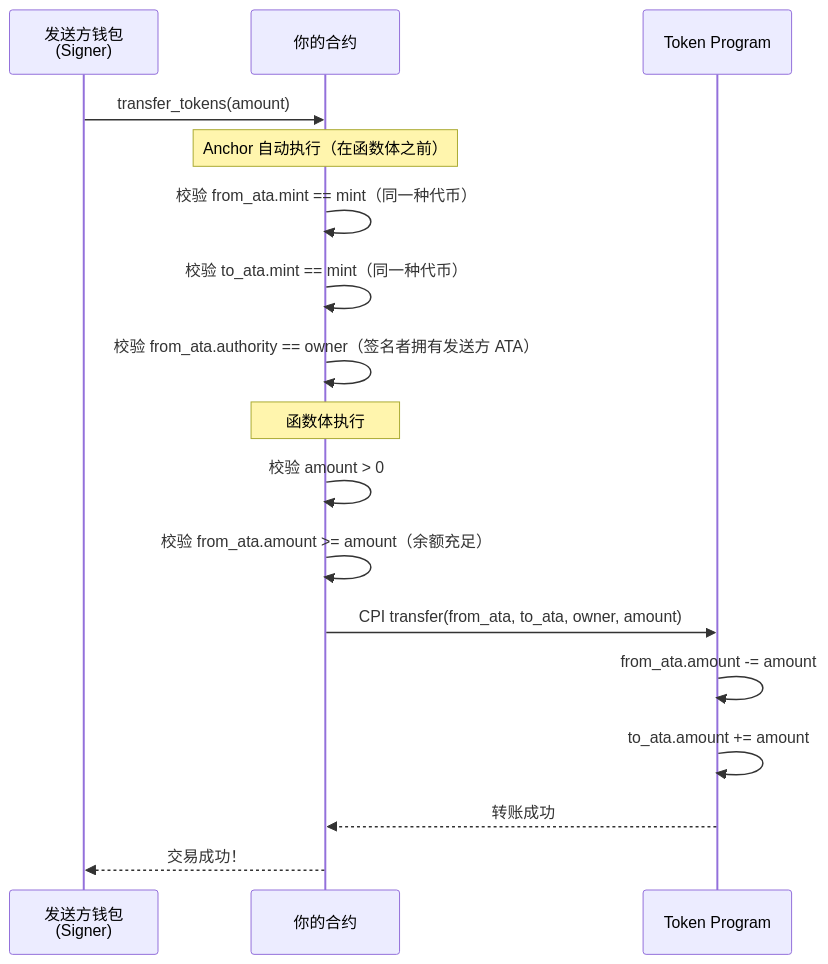
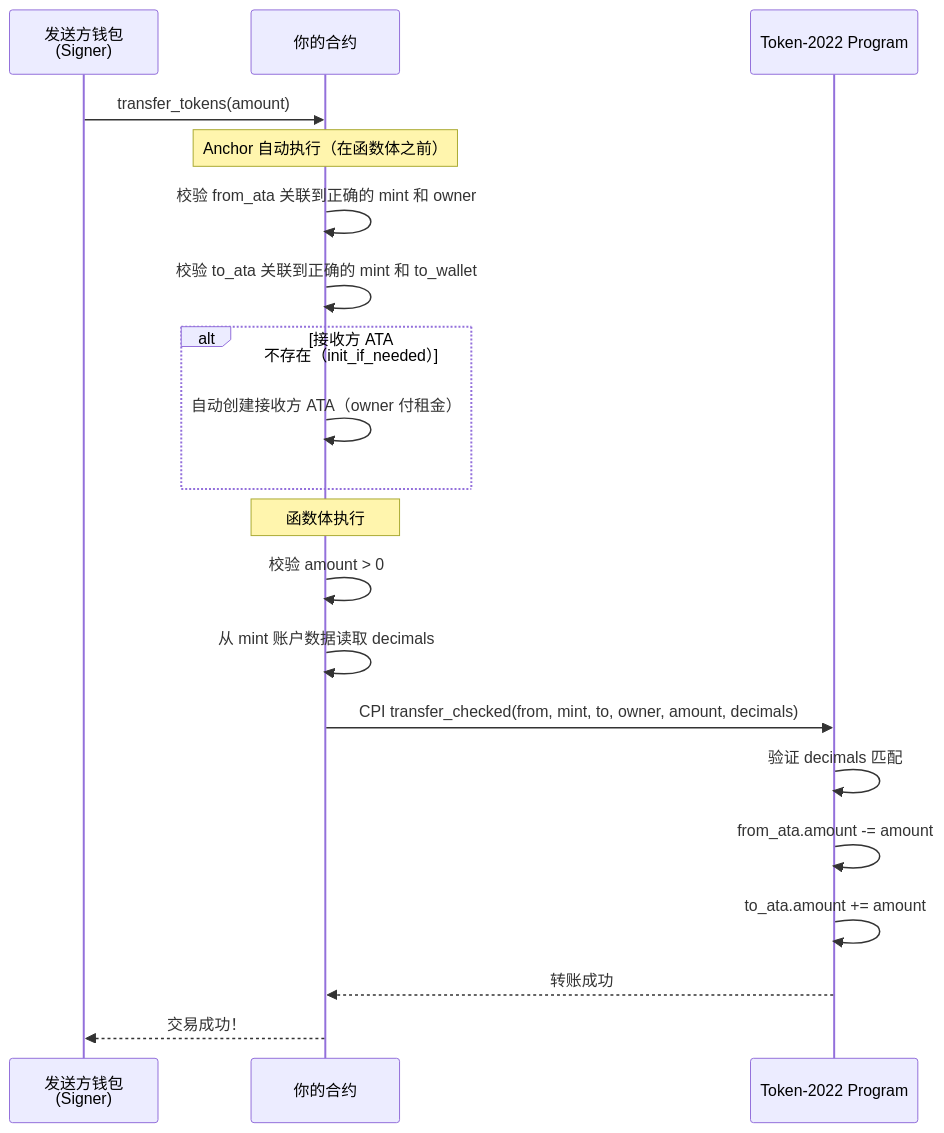
One commit to jiangsk1998/tangaga changed the fifth of 6 diagrams in Day22学习指南—发行自己的SPL代币.md. Above: the diagram before and after it, drawn with Mermaid. The commit also changed other lines of this file and 7 other files, not shown here.

````diff
--- a/Day22学习指南—发行自己的SPL代币.md
+++ b/Day22学习指南—发行自己的SPL代币.md
@@ -798,23 +858,26 @@
 ```mermaid
 sequenceDiagram
     participant Owner as 发送方钱包<br/>(Signer)
     participant Contract as 你的合约
-    participant Token as Token Program
+    participant T22 as Token-2022 Program
 
     Owner ->> Contract: transfer_tokens(amount)
 
     Note over Contract: Anchor 自动执行（在函数体之前）
-    Contract ->> Contract: 校验 from_ata.mint == mint（同一种代币）
-    Contract ->> Contract: 校验 to_ata.mint == mint（同一种代币）
-    Contract ->> Contract: 校验 from_ata.authority == owner（签名者拥有发送方 ATA）
+    Contract ->> Contract: 校验 from_ata 关联到正确的 mint 和 owner
+    Contract ->> Contract: 校验 to_ata 关联到正确的 mint 和 to_wallet
+    alt 接收方 ATA 不存在（init_if_needed）
+        Contract ->> Contract: 自动创建接收方 ATA（owner 付租金）
+    end
 
     Note over Contract: 函数体执行
     Contract ->> Contract: 校验 amount > 0
-    Contract ->> Contract: 校验 from_ata.amount >= amount（余额充足）
-    Contract ->> Token: CPI transfer(from_ata, to_ata, owner, amount)
-    Token ->> Token: from_ata.amount -= amount
-    Token ->> Token: to_ata.amount += amount
-    Token -->> Contract: 转账成功
+    Contract ->> Contract: 从 mint 账户数据读取 decimals
+    Contract ->> T22: CPI transfer_checked(from, mint, to, owner, amount, decimals)
+    T22 ->> T22: 验证 decimals 匹配
+    T22 ->> T22: from_ata.amount -= amount
+    T22 ->> T22: to_ata.amount += amount
+    T22 -->> Contract: 转账成功
 
     Contract -->> Owner: 交易成功！
 ```
````
